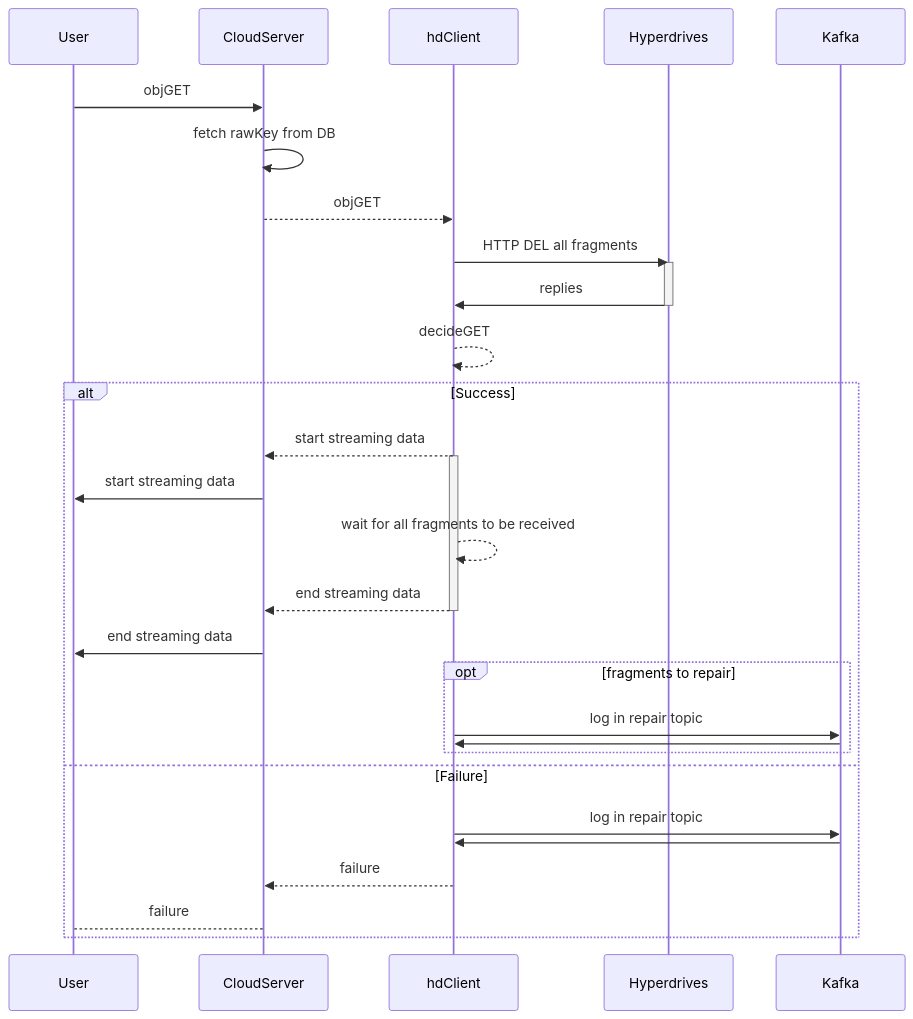
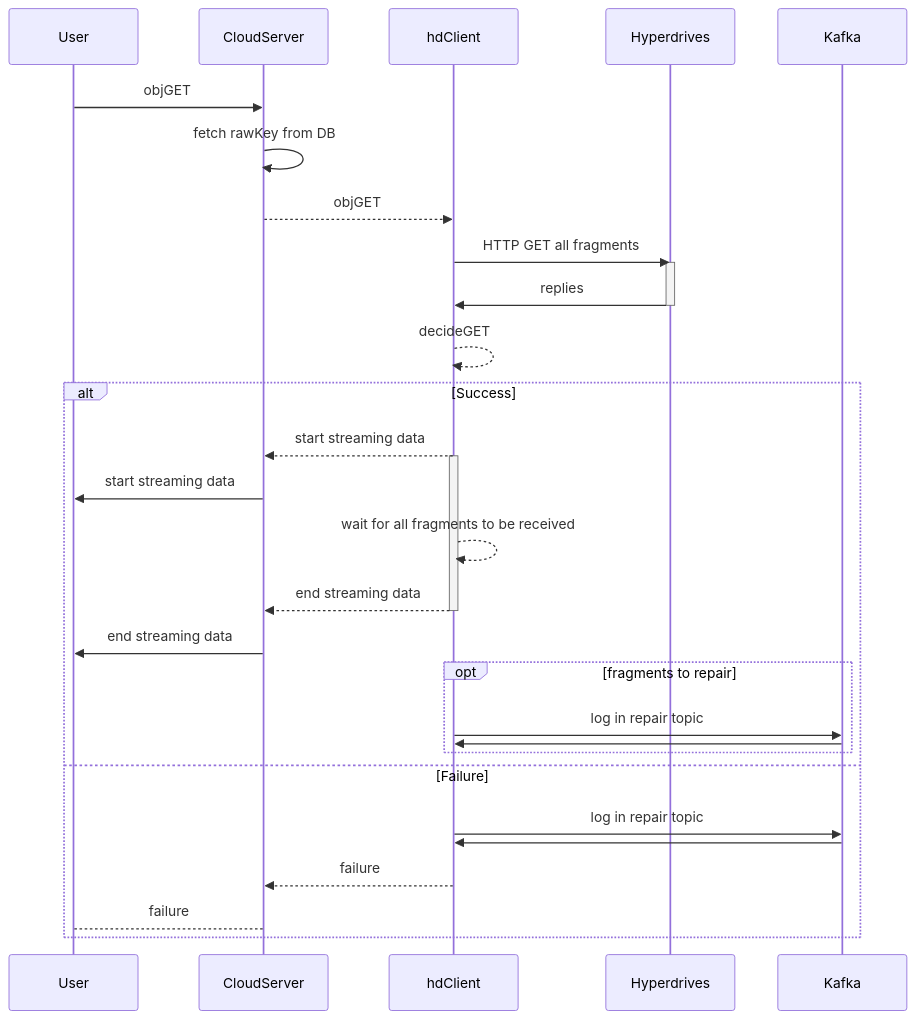
One commit to scality/hdclient changed the diagram in graphs/get_sequence.mermaid. Above: the diagram before and after it, drawn with Mermaid. The commit also changed 1 other file, not shown here.

Commit message:
RING-29531 Fix typo get_sequence_graph

```diff
--- a/graphs/get_sequence.mermaid
+++ b/graphs/get_sequence.mermaid
@@ -1,29 +1,29 @@
 sequenceDiagram
 User ->> CloudServer: objGET
 CloudServer ->> CloudServer: fetch rawKey from DB
 CloudServer -->> hdClient: objGET
-hdClient ->> Hyperdrives: HTTP DEL all fragments
+hdClient ->> Hyperdrives: HTTP GET all fragments
 activate Hyperdrives
 Hyperdrives ->> hdClient: replies
 deactivate Hyperdrives
 hdClient -->> hdClient: decideGET
 
 alt Success
         hdClient -->> CloudServer: start streaming data
         activate hdClient
         CloudServer ->> User: start streaming data
         hdClient -->> hdClient: wait for all fragments to be received
         hdClient -->> CloudServer: end streaming data
        deactivate hdClient
         CloudServer ->> User: end streaming data
 
         opt fragments to repair
             	hdClient ->> Kafka: log in repair topic
 	        Kafka ->> hdClient: 
         end
 else Failure
 	hdClient ->> Kafka: log in repair topic
 	Kafka ->> hdClient: 
         hdClient -->> CloudServer: failure 
         CloudServer --> User: failure
 end
```
